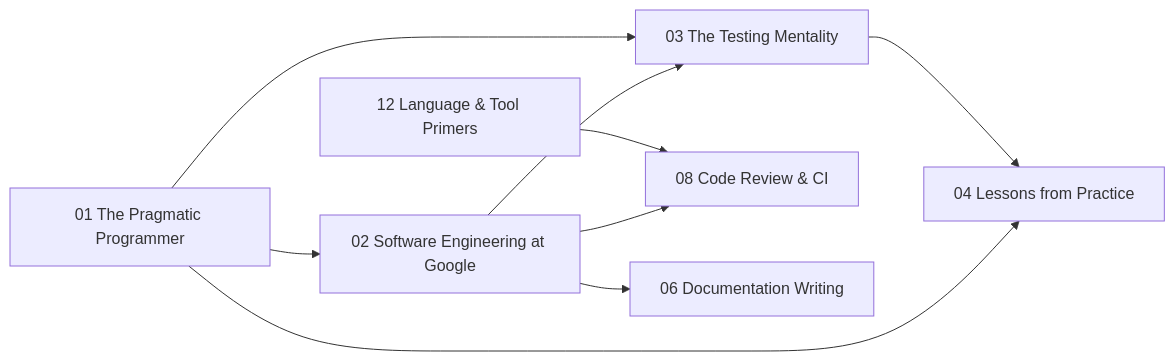
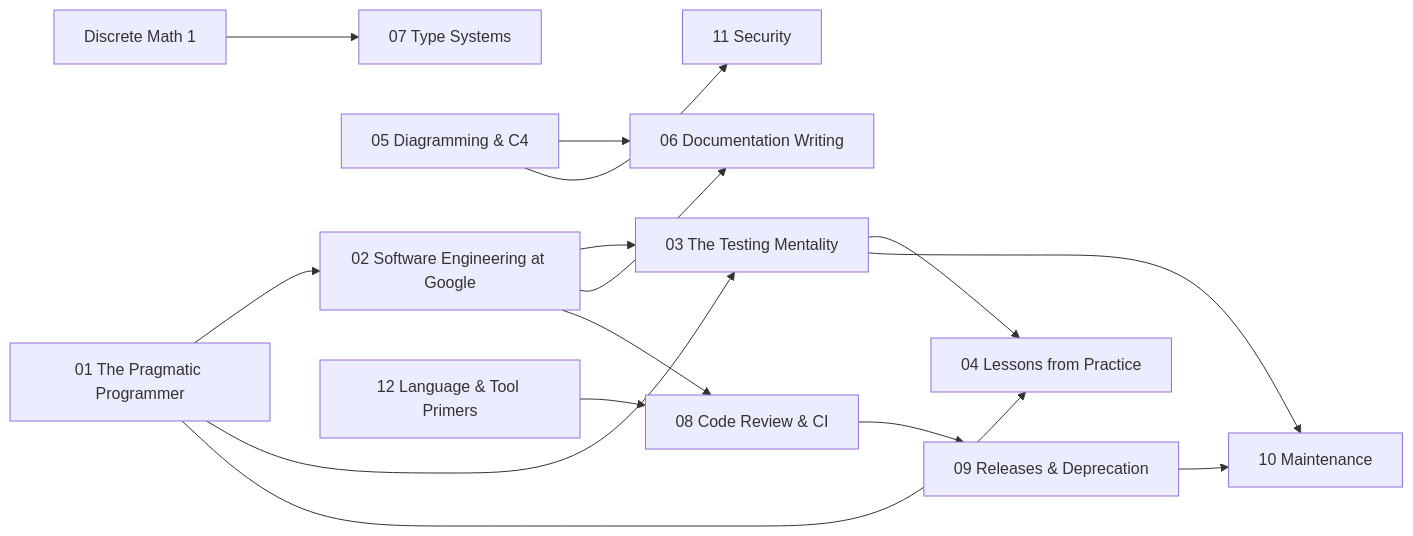
The diagram in software-craftsmanship/README.md (urmzd/supersource), drawn with Mermaid before and after one commit. The commit also changed other lines of this file and 2080 other files, not shown here.

````diff
--- a/software-craftsmanship/README.md
+++ b/software-craftsmanship/README.md
@@ -31,11 +36,17 @@
 ```mermaid
 graph LR
     PP[01 The Pragmatic Programmer] --> SWE[02 Software Engineering at Google]
     PP --> TEST[03 The Testing Mentality]
     SWE --> TEST
     TEST --> LP[04 Lessons from Practice]
     PP --> LP
+    D[05 Diagramming & C4] --> DOC[06 Documentation Writing]
+    SWE --> DOC
+    DM[Discrete Math 1] --> TS[07 Type Systems]
     PR[12 Language & Tool Primers] --> CI[08 Code Review & CI]
     SWE --> CI
-    SWE --> DOC[06 Documentation Writing]
+    CI --> REL[09 Releases & Deprecation]
+    REL --> MAINT[10 Maintenance]
+    TEST --> MAINT
+    D --> SEC[11 Security]
 ```
````
